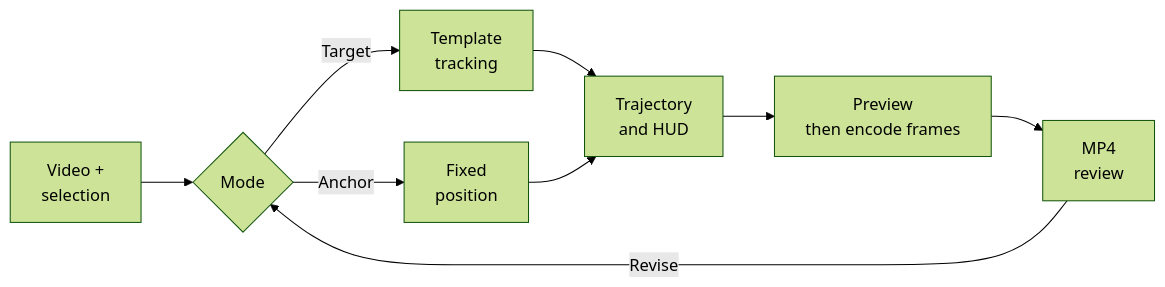
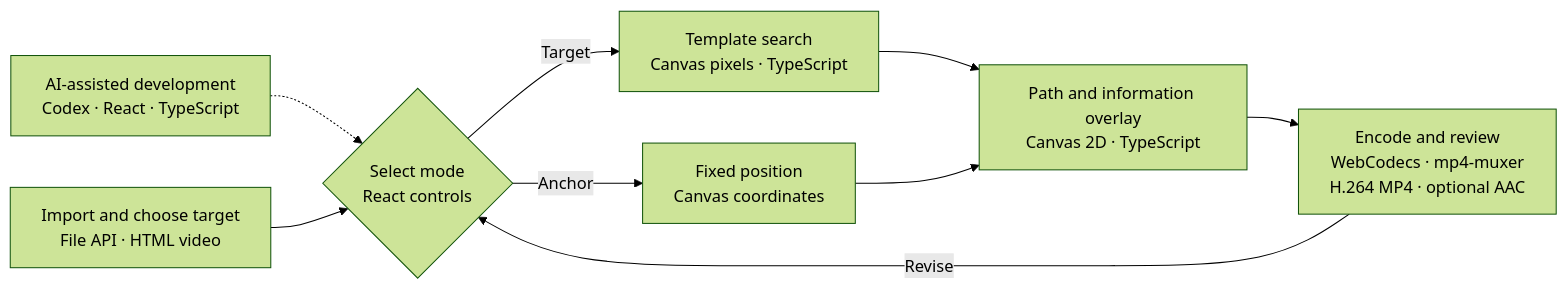
Before and after one commit to MuwenTriLi/creative-workflows: the diagram in projects/07-motion-tracking/README.md, drawn with Mermaid (forest theme). The commit also changed other lines of this file, not shown here.

First line of the commit message:
Embed Motion Tracking demo and input-output videos

````diff
--- a/projects/07-motion-tracking/README.md
+++ b/projects/07-motion-tracking/README.md
@@ -45,11 +50,11 @@
 ```mermaid
 flowchart LR
-    A["Video +<br/>selection"] --> B{Mode}
-    B -->|Target| C["Template<br/>tracking"]
-    B -->|Anchor| D["Fixed<br/>position"]
-    C --> E["Trajectory<br/>and HUD"]
+    DEV["AI-assisted development<br/>Codex · React · TypeScript"] -.-> B
+    A["Import and choose target<br/>File API · HTML video"] --> B{"Select mode<br/>React controls"}
+    B -->|Target| C["Template search<br/>Canvas pixels · TypeScript"]
+    B -->|Anchor| D["Fixed position<br/>Canvas coordinates"]
+    C --> E["Path and information overlay<br/>Canvas 2D · TypeScript"]
     D --> E
-    E --> F["Preview<br/>then encode frames"]
-    F --> G["MP4<br/>review"]
-    G -->|Revise| B
+    E --> F["Encode and review<br/>WebCodecs · mp4-muxer<br/>H.264 MP4 · optional AAC"]
+    F -->|Revise| B
 ```
````
